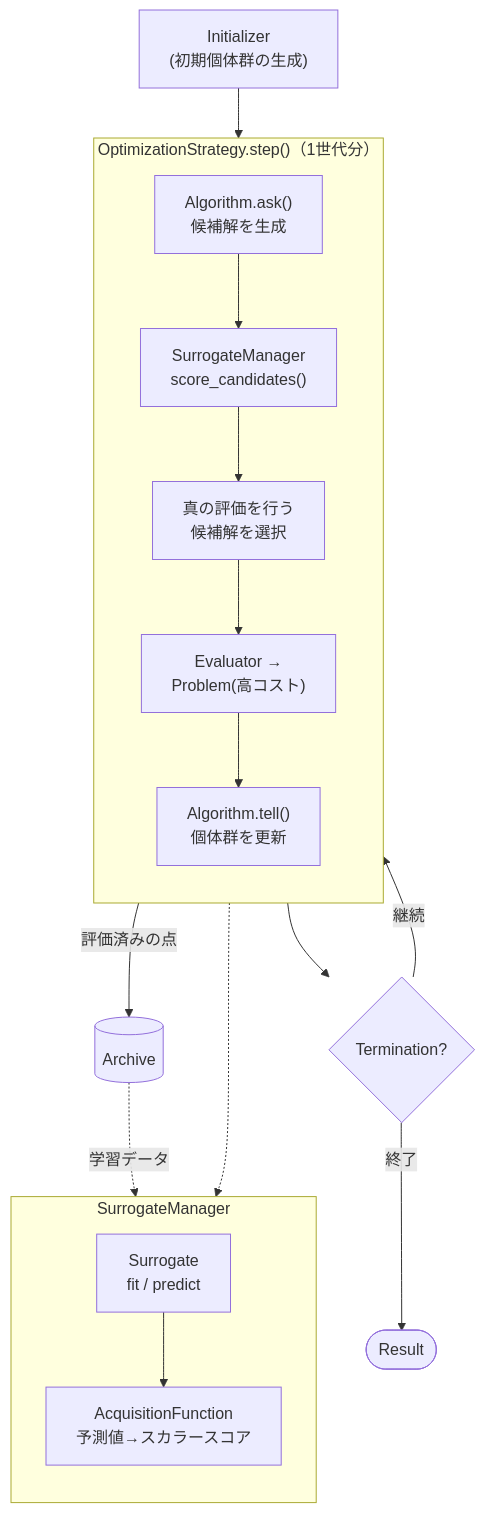
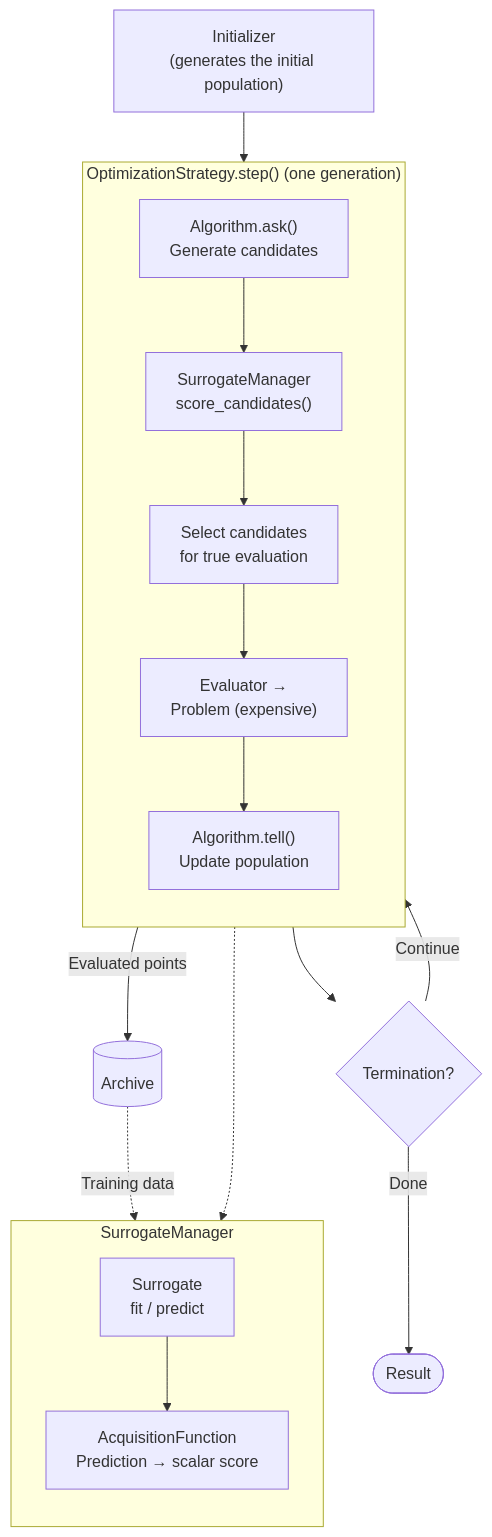
One commit to shlka/saealib changed the diagram in docs/components/index.md. Above: the diagram before and after it, drawn with Mermaid. The commit also changed other lines of this file and 50 other files, not shown here.

````diff
--- a/docs/components/index.md
+++ b/docs/components/index.md
@@ -13,21 +13,21 @@
 ```{mermaid}
 flowchart TD
-    INIT["Initializer<br/>(初期個体群の生成)"] --> STEP
-    subgraph STEP["OptimizationStrategy.step()（1世代分）"]
+    INIT["Initializer<br/>(generates the initial population)"] --> STEP
+    subgraph STEP["OptimizationStrategy.step() (one generation)"]
         direction TB
-        ASK["Algorithm.ask()<br/>候補解を生成"] --> SCORE["SurrogateManager<br/>score_candidates()"]
-        SCORE --> SEL["真の評価を行う<br/>候補解を選択"]
-        SEL --> EVAL["Evaluator →<br/>Problem(高コスト)"]
-        EVAL --> TELL["Algorithm.tell()<br/>個体群を更新"]
+        ASK["Algorithm.ask()<br/>Generate candidates"] --> SCORE["SurrogateManager<br/>score_candidates()"]
+        SCORE --> SEL["Select candidates<br/>for true evaluation"]
+        SEL --> EVAL["Evaluator →<br/>Problem (expensive)"]
+        EVAL --> TELL["Algorithm.tell()<br/>Update population"]
     end
     STEP --> TERM{"Termination?"}
-    TERM -- "継続" --> STEP
-    TERM -- "終了" --> RESULT([Result])
+    TERM -- "Continue" --> STEP
+    TERM -- "Done" --> RESULT([Result])
     subgraph SM["SurrogateManager"]
         direction TB
-        SUR["Surrogate<br/>fit / predict"] --> ACQ["AcquisitionFunction<br/>予測値→スカラースコア"]
+        SUR["Surrogate<br/>fit / predict"] --> ACQ["AcquisitionFunction<br/>Prediction → scalar score"]
     end
     SCORE -.-> SM
-    EVAL -- "評価済みの点" --> ARC[("Archive")]
-    ARC -. "学習データ" .-> SUR
+    EVAL -- "Evaluated points" --> ARC[("Archive")]
+    ARC -. "Training data" .-> SUR
 ```
````
